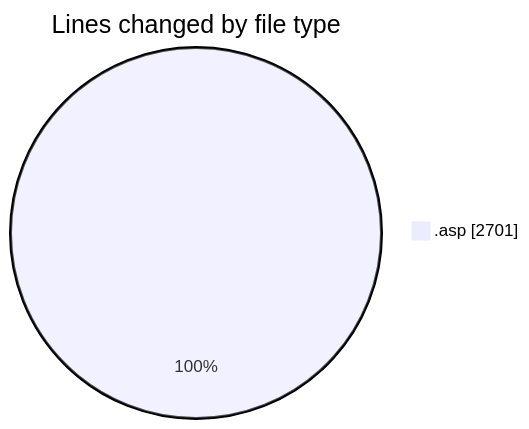
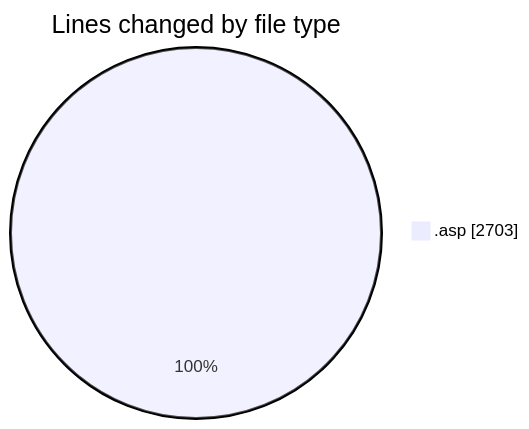
One commit to julien-gomy/code-tracking changed the first of 2 diagrams in 2025-10-31/cdp_aleoudev_fr__workspace_/README.md. Above: the diagram before and after it, drawn with Mermaid. The commit also changed other lines of this file and 1 other file, not shown here.

````diff
--- a/2025-10-31/cdp_aleoudev_fr__workspace_/README.md
+++ b/2025-10-31/cdp_aleoudev_fr__workspace_/README.md
@@ -21,5 +21,5 @@
 ```mermaid
 pie showData
 title Lines changed by file type
-".asp" : 2701
+".asp" : 2703
 ```
````
